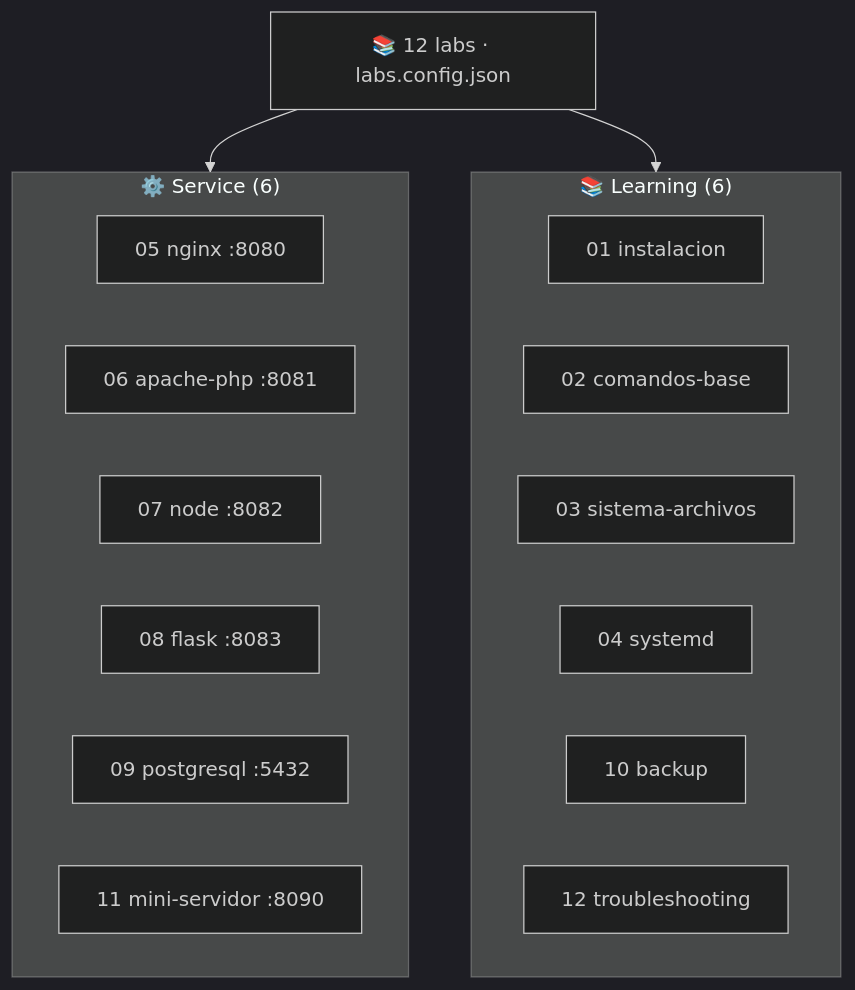
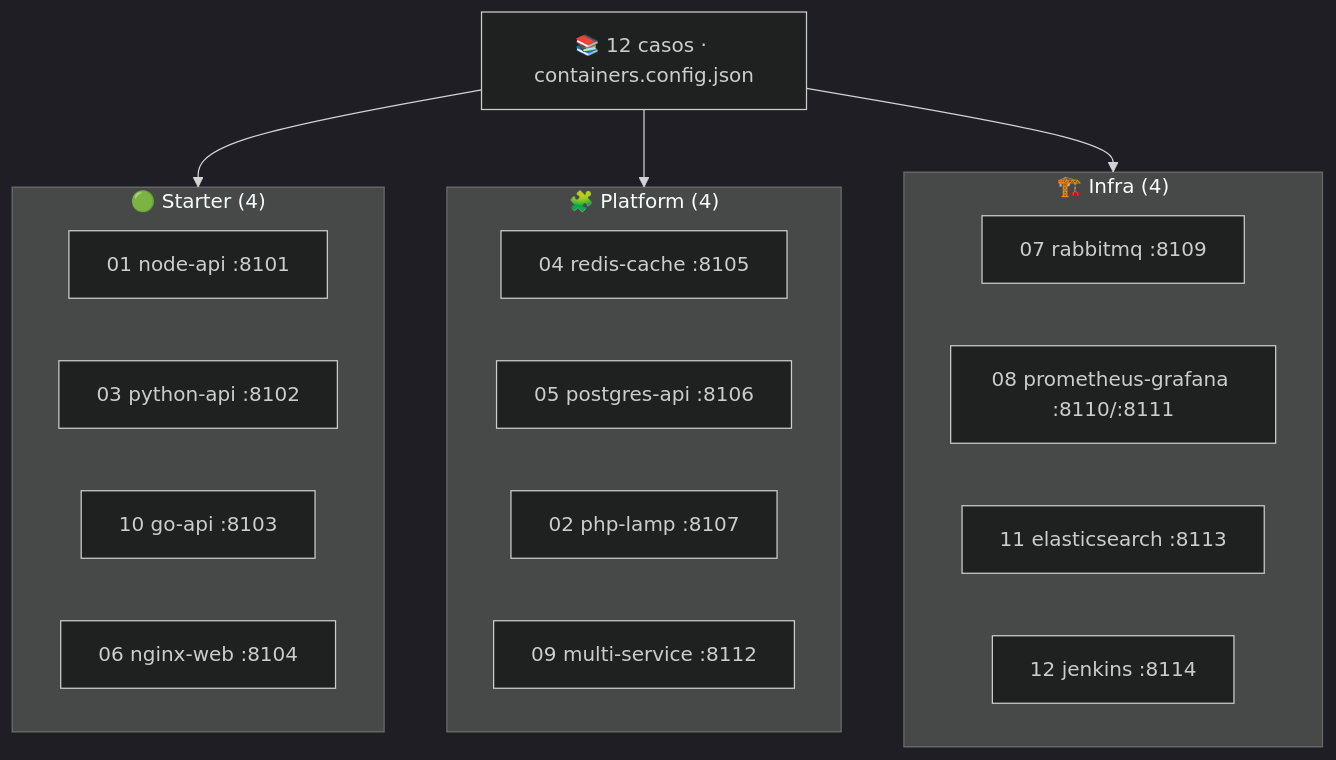
The diagram in docs/LABS_CATALOG.md (vladimiracunadev-create/wsl-labs), drawn with Mermaid (dark theme) before and after one commit. The commit also changed other lines of this file and 90 other files, not shown here.

````diff
--- a/docs/LABS_CATALOG.md
+++ b/docs/LABS_CATALOG.md
@@ -12,22 +12,25 @@
 ```mermaid
 graph TD
-    Catalogo["📚 12 labs · labs.config.json"]
-    Catalogo --> Service
-    Catalogo --> Learning
-    subgraph Service["⚙️ Service (6)"]
-        S05["05 nginx :8080"]
-        S06["06 apache-php :8081"]
-        S07["07 node :8082"]
-        S08["08 flask :8083"]
-        S09["09 postgresql :5432"]
-        S11["11 mini-servidor :8090"]
+    Catalogo["📚 12 casos · containers.config.json"]
+    Catalogo --> Starter
+    Catalogo --> Platform
+    Catalogo --> Infra
+    subgraph Starter["🟢 Starter (4)"]
+        S01["01 node-api :8101"]
+        S03["03 python-api :8102"]
+        S10["10 go-api :8103"]
+        S06["06 nginx-web :8104"]
     end
-    subgraph Learning["📚 Learning (6)"]
-        L01["01 instalacion"]
-        L02["02 comandos-base"]
-        L03["03 sistema-archivos"]
-        L04["04 systemd"]
-        L10["10 backup"]
-        L12["12 troubleshooting"]
+    subgraph Platform["🧩 Platform (4)"]
+        P04["04 redis-cache :8105"]
+        P05["05 postgres-api :8106"]
+        P02["02 php-lamp :8107"]
+        P09["09 multi-service :8112"]
+    end
+    subgraph Infra["🏗️ Infra (4)"]
+        I07["07 rabbitmq :8109"]
+        I08["08 prometheus-grafana :8110/:8111"]
+        I11["11 elasticsearch :8113"]
+        I12["12 jenkins :8114"]
     end
 ```
````
